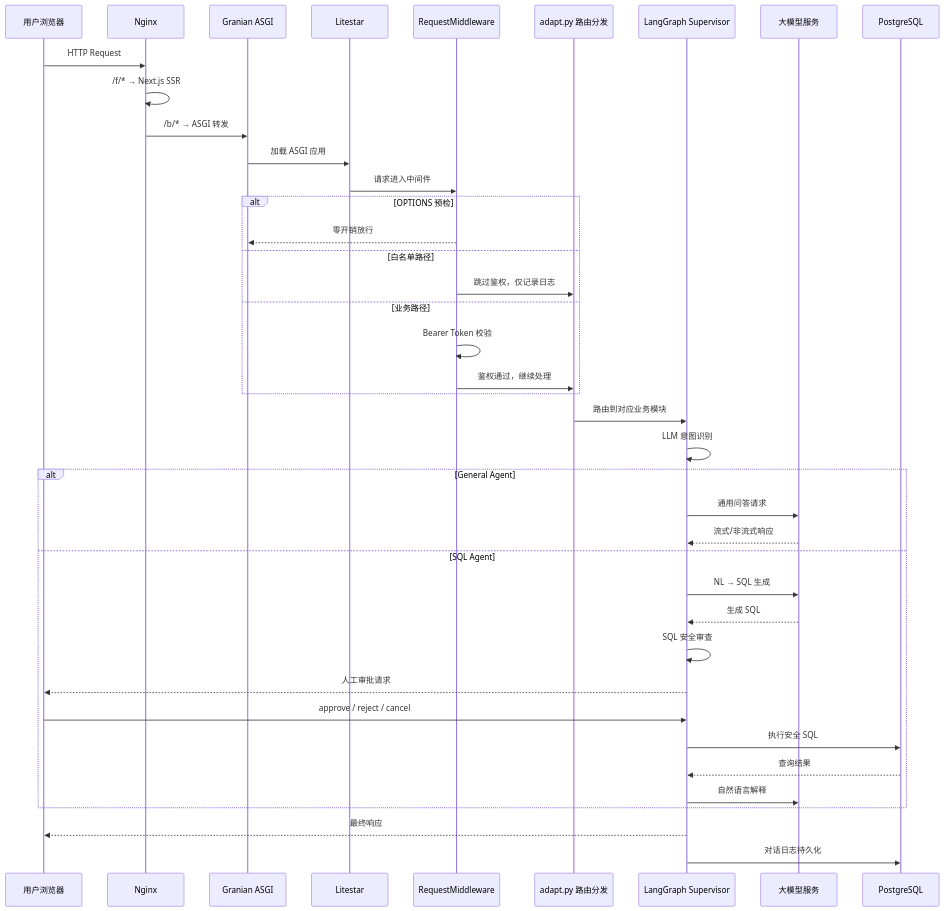
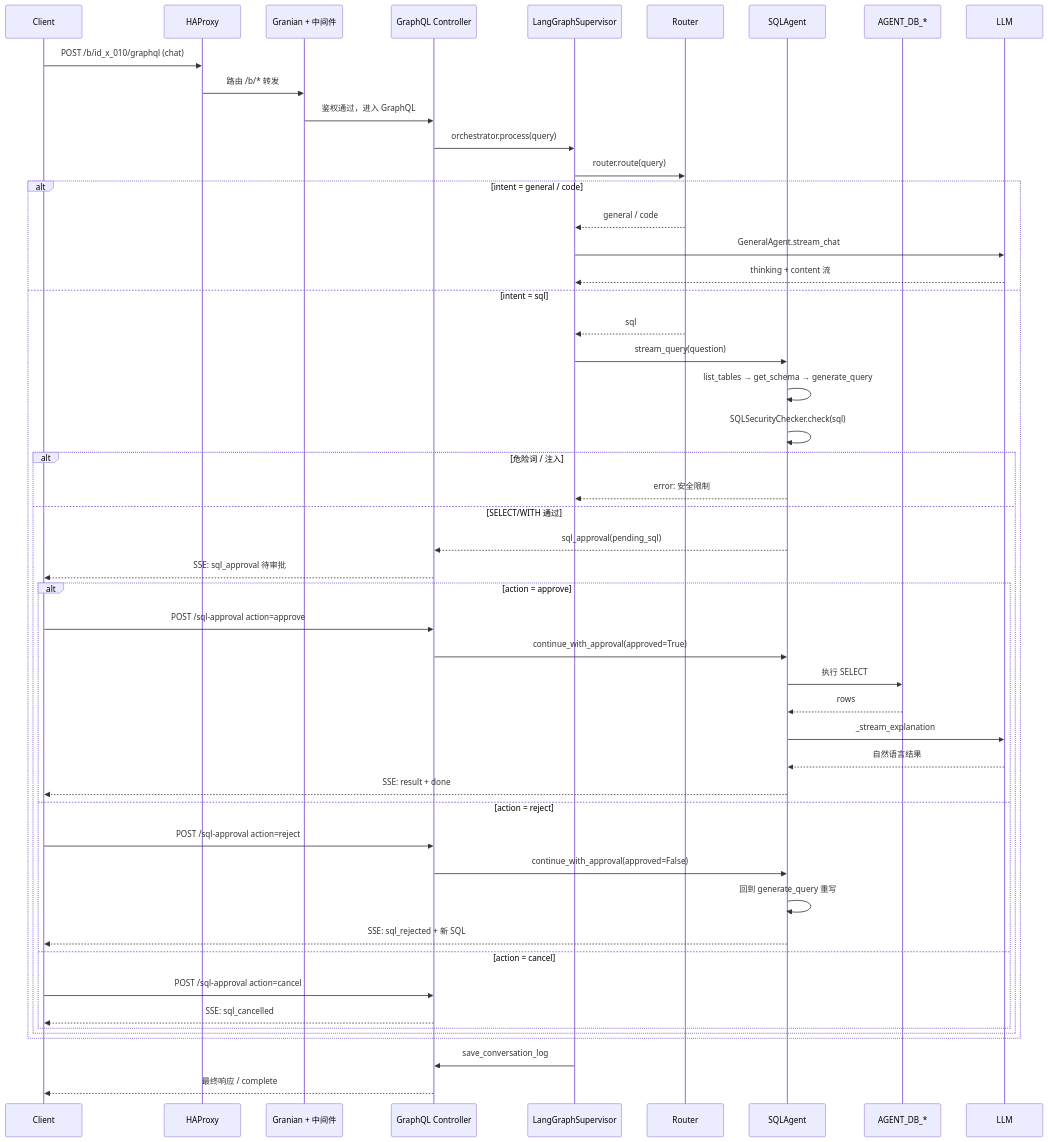
One commit to i-TorchLabs/id_x_010 changed the second of 2 diagrams in README.md. Above: the diagram before and after it, drawn with Mermaid. The commit also changed other lines of this file, not shown here.

````diff
--- a/README.md
+++ b/README.md
@@ -215,47 +132,57 @@
 ```mermaid
 sequenceDiagram
-    participant U as 用户浏览器
-    participant N as Nginx
-    participant G as Granian ASGI
-    participant L as Litestar
-    participant MW as RequestMiddleware
-    participant A as adapt.py 路由分发
-    participant AG as LangGraph Supervisor
-    participant LLM as 大模型服务
-    participant DB as PostgreSQL
+  participant C as Client
+  participant H as HAProxy
+  participant M as Granian + 中间件
+  participant G as GraphQL Controller
+  participant S as LangGraphSupervisor
+  participant R as Router
+  participant A as SQLAgent
+  participant DB as AGENT_DB_*
+  participant L as LLM
 
-    U->>N: HTTP Request
-    N->>N: /f/* → Next.js SSR
-    N->>G: /b/* → ASGI 转发
-    G->>L: 加载 ASGI 应用
-    L->>MW: 请求进入中间件
+  C->>H: POST /b/id_x_010/graphql (chat)
+  H->>M: 路由 /b/* 转发
+  M->>G: 鉴权通过，进入 GraphQL
+  G->>S: orchestrator.process(query)
+  S->>R: router.route(query)
 
-    alt OPTIONS 预检
-        MW-->>G: 零开销放行
-    else 白名单路径
-        MW->>A: 跳过鉴权，仅记录日志
-    else 业务路径
-        MW->>MW: Bearer Token 校验
-        MW->>A: 鉴权通过，继续处理
+  alt intent = general / code
+    R-->>S: general / code
+    S->>L: GeneralAgent.stream_chat
+    L-->>S: thinking + content 流
+  else intent = sql
+    R-->>S: sql
+    S->>A: stream_query(question)
+    A->>A: list_tables → get_schema → generate_query
+    A->>A: SQLSecurityChecker.check(sql)
+
+    alt 危险词 / 注入
+      A-->>S: error: 安全限制
+    else SELECT/WITH 通过
+      A-->>G: sql_approval(pending_sql)
+      G-->>C: SSE: sql_approval 待审批
+
+      alt action = approve
+        C->>G: POST /sql-approval action=approve
+        G->>A: continue_with_approval(approved=True)
+        A->>DB: 执行 SELECT
+        DB-->>A: rows
+        A->>L: _stream_explanation
+        L-->>A: 自然语言结果
+        A-->>C: SSE: result + done
+      else action = reject
+        C->>G: POST /sql-approval action=reject
+        G->>A: continue_with_approval(approved=False)
+        A->>A: 回到 generate_query 重写
+        A-->>C: SSE: sql_rejected + 新 SQL
+      else action = cancel
+        C->>G: POST /sql-approval action=cancel
+        G-->>C: SSE: sql_cancelled
+      end
     end
+  end
 
-    A->>AG: 路由到对应业务模块
-    AG->>AG: LLM 意图识别
-
-    alt General Agent
-        AG->>LLM: 通用问答请求
-        LLM-->>AG: 流式/非流式响应
-    else SQL Agent
-        AG->>LLM: NL → SQL 生成
-        LLM-->>AG: 生成 SQL
-        AG->>AG: SQL 安全审查
-        AG-->>U: 人工审批请求
-        U->>AG: approve / reject / cancel
-        AG->>DB: 执行安全 SQL
-        DB-->>AG: 查询结果
-        AG->>LLM: 自然语言解释
-    end
-
-    AG-->>U: 最终响应
-    AG->>DB: 对话日志持久化
+  S->>G: save_conversation_log
+  G-->>C: 最终响应 / complete
 ```
````
